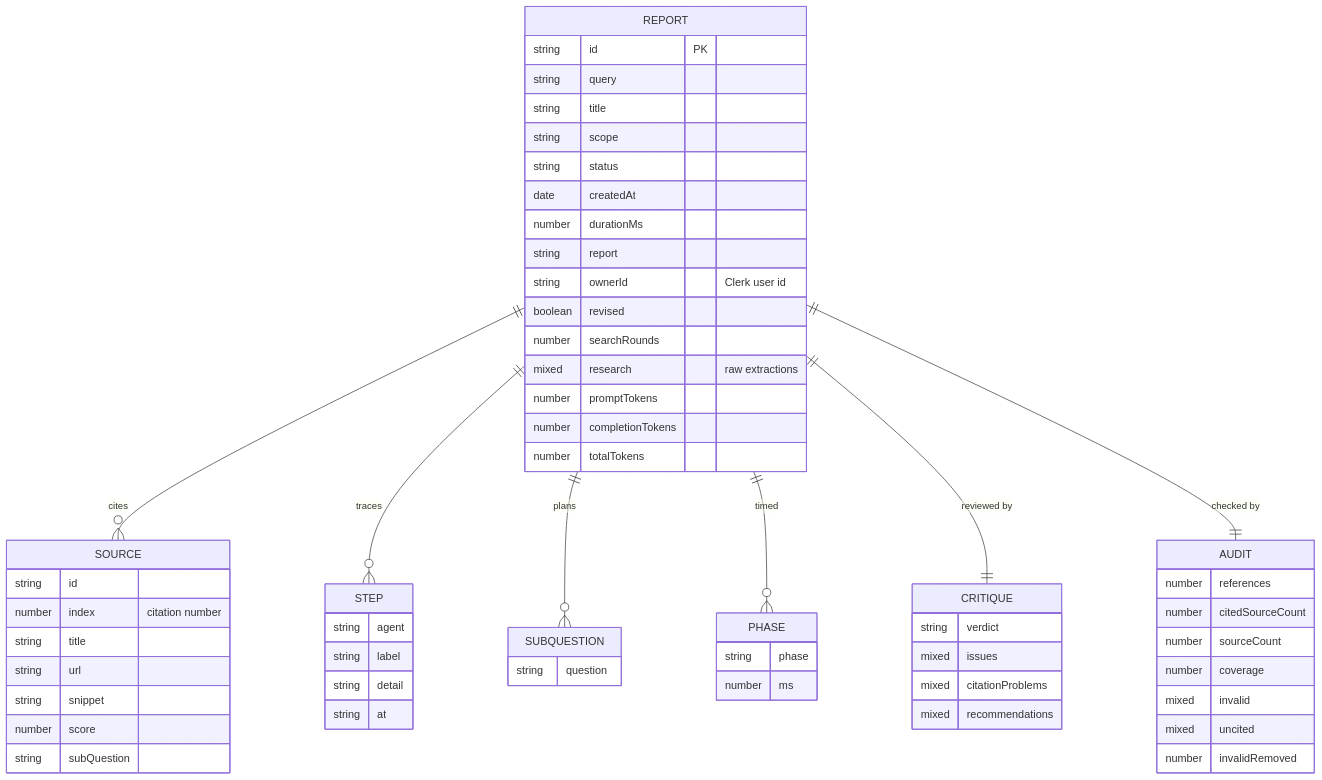
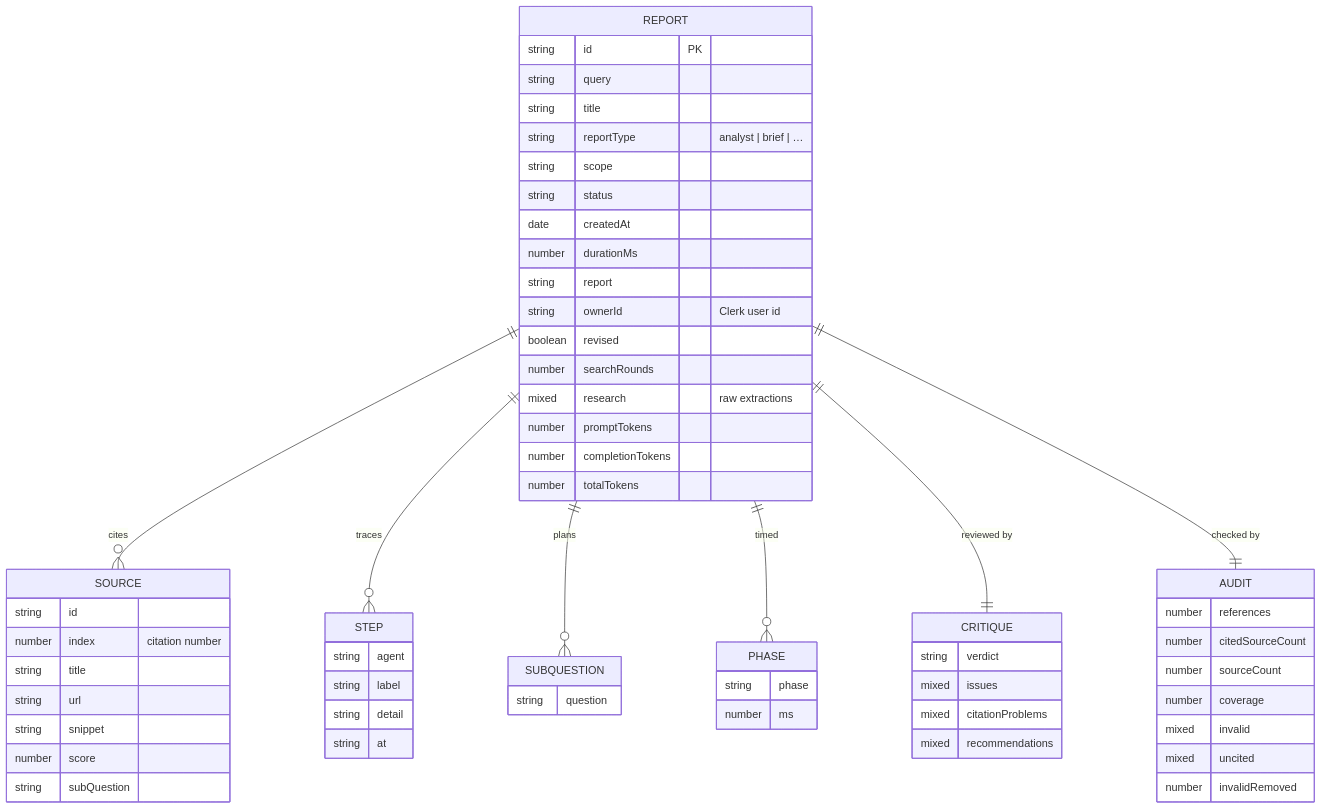
Before and after one commit to AlphaBeast97/deep-research-ai-platform: the ninth of 16 diagrams in docs/ARCHITECTURE.md, drawn with Mermaid. The commit also changed other lines of this file and 1 other file, not shown here.

First line of the commit message:
docs: record the export and report-format decisions

````diff
--- a/docs/ARCHITECTURE.md
+++ b/docs/ARCHITECTURE.md
@@ -1091,64 +1095,65 @@
 ```mermaid
 erDiagram
     REPORT ||--o{ SOURCE : cites
     REPORT ||--o{ STEP : traces
     REPORT ||--o{ SUBQUESTION : plans
     REPORT ||--o{ PHASE : "timed"
     REPORT ||--|| CRITIQUE : "reviewed by"
     REPORT ||--|| AUDIT : "checked by"
 
     REPORT {
         string  id PK
         string  query
         string  title
+        string  reportType "analyst | brief | …"
         string  scope
         string  status
         date    createdAt
         number  durationMs
         string  report
         string  ownerId "Clerk user id"
         boolean revised
         number  searchRounds
         mixed   research "raw extractions"
         number  promptTokens
         number  completionTokens
         number  totalTokens
     }
     CRITIQUE {
         string verdict
         mixed  issues
         mixed  citationProblems
         mixed  recommendations
     }
     AUDIT {
         number references
         number citedSourceCount
         number sourceCount
         number coverage
         mixed  invalid
         mixed  uncited
         number invalidRemoved
     }
     PHASE {
         string phase
         number ms
     }
     SOURCE {
         string id
         number index "citation number"
         string title
         string url
         string snippet
         number score
         string subQuestion
     }
     STEP {
         string agent
         string label
         string detail
         string at
     }
     SUBQUESTION {
         string question
     }
 ```
````
